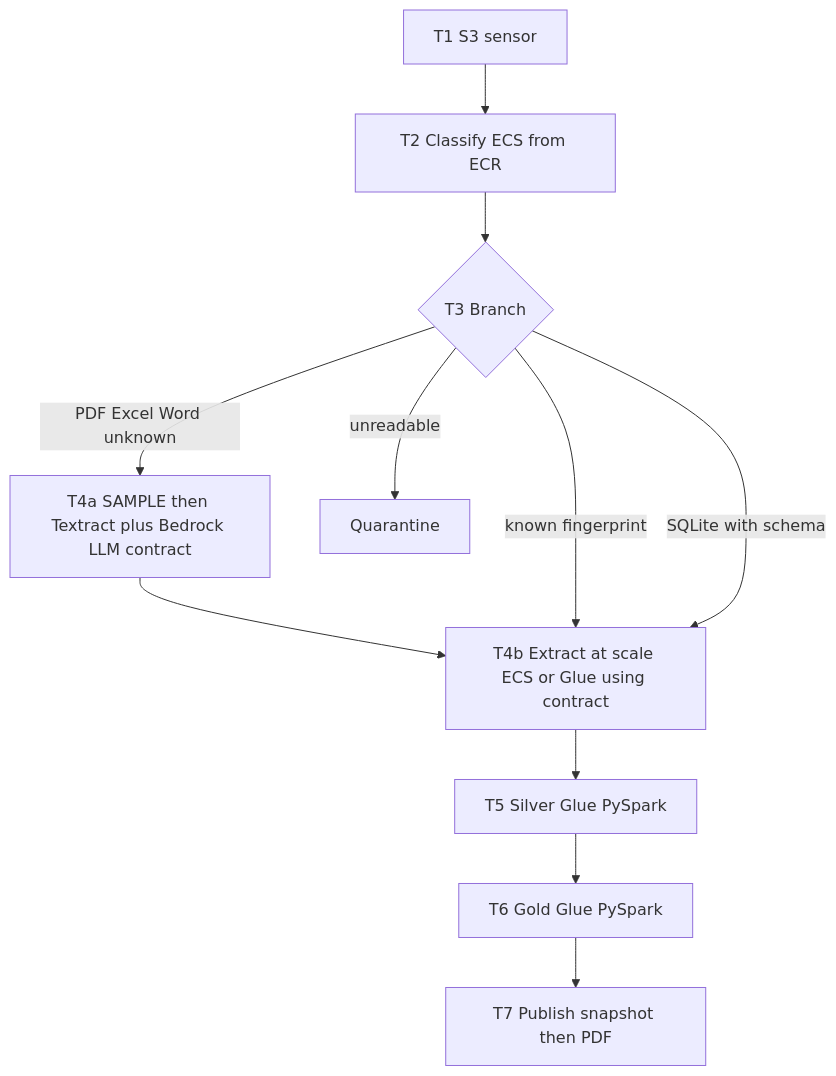
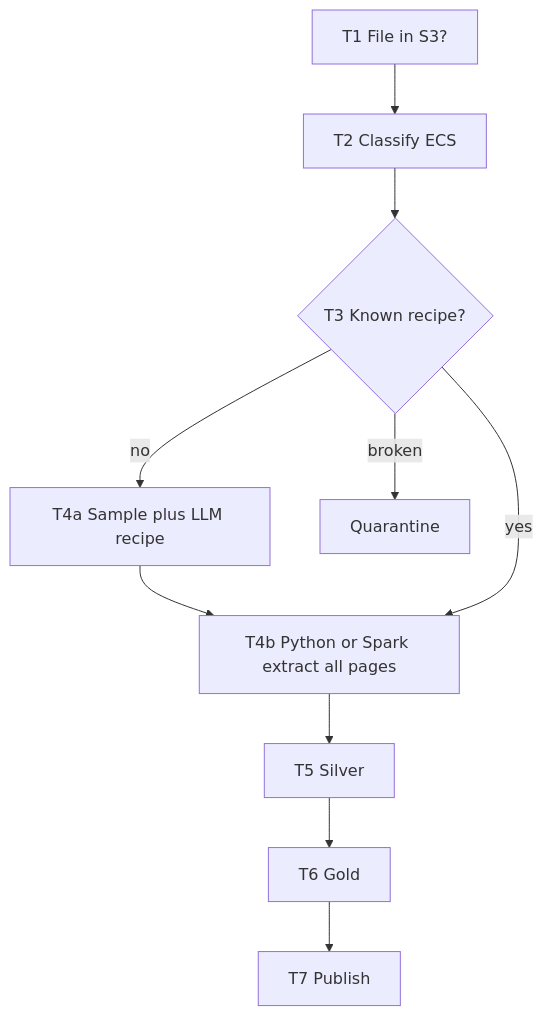
Before and after one commit to arielmmdx/document-intelligence-lake: the diagram in expected-solutions/diagrams/02_expected_airflow_dag.mmd, drawn with Mermaid. The commit also changed 14 other files, not shown here.

Commit message:
Explain the PDF path in plain language and replace draw.io with Mermaid.

```diff
--- a/expected-solutions/diagrams/02_expected_airflow_dag.mmd
+++ b/expected-solutions/diagrams/02_expected_airflow_dag.mmd
@@ -1,18 +1,17 @@
-%% 02 — Expected Airflow DAG. Paste into https://mermaid.live
+%% 02 — Airflow on EC2. LLM only on T4a sample.
 flowchart TD
-  T1[T1 S3 sensor]
-  T2[T2 Classify ECS from ECR]
-  BR{T3 Branch}
-  T4A[T4a SAMPLE then Textract plus Bedrock LLM contract]
-  T4B[T4b Extract at scale ECS or Glue using contract]
-  T5[T5 Silver Glue PySpark]
-  T6[T6 Gold Glue PySpark]
-  T7[T7 Publish snapshot then PDF]
+  T1[T1 File in S3?]
+  T2[T2 Classify ECS]
+  T3{T3 Known recipe?}
+  T4A[T4a Sample plus LLM recipe]
+  T4B[T4b Python or Spark extract all pages]
+  T5[T5 Silver]
+  T6[T6 Gold]
+  T7[T7 Publish]
   Q[Quarantine]
 
-  T1 --> T2 --> BR
-  BR -->|PDF Excel Word unknown| T4A --> T4B
-  BR -->|known fingerprint| T4B
-  BR -->|SQLite with schema| T4B
-  BR -->|unreadable| Q
+  T1 --> T2 --> T3
+  T3 -->|no| T4A --> T4B
+  T3 -->|yes| T4B
+  T3 -->|broken| Q
   T4B --> T5 --> T6 --> T7
```
